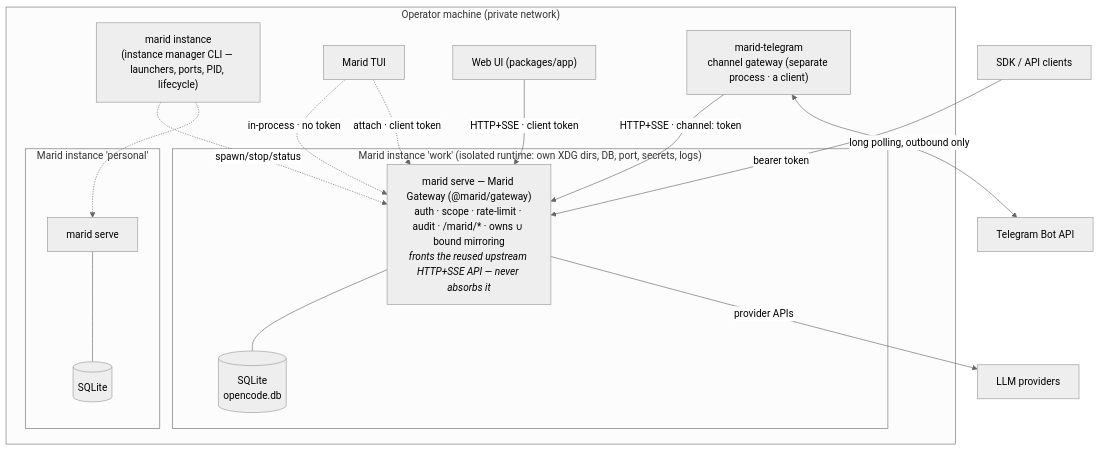
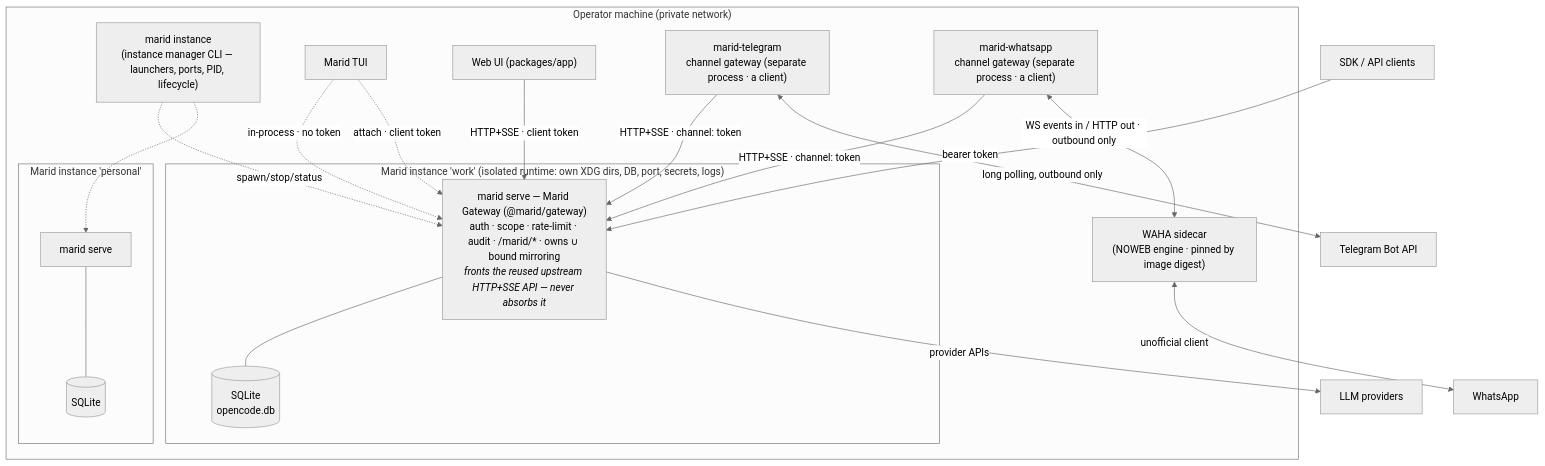
Before and after one commit to A-H-911/marid: the first of 2 diagrams in docs/architecture/architecture.md, drawn with Mermaid (neutral theme). The commit also changed other lines of this file and 60 other files, not shown here.

First line of the commit message:
feat(ph7): @marid/whatsapp WAHA-NOWEB channel — GATE-0-first, deterministic MS-008 exit (WBS-7.1..7.6) (#75)

````diff
--- a/docs/architecture/architecture.md
+++ b/docs/architecture/architecture.md
@@ -29,23 +29,27 @@
 ```mermaid
 graph TB
     subgraph machine["Operator machine (private network)"]
         subgraph inst1["Marid instance 'work' (isolated runtime: own XDG dirs, DB, port, secrets, logs)"]
             S1["marid serve — Marid Gateway (@marid/gateway)<br/>auth · scope · rate-limit · audit · /marid/* · owns ∪ bound mirroring<br/><i>fronts the reused upstream HTTP+SSE API — never absorbs it</i>"]
             DB1[("SQLite<br/>opencode.db")]
             S1 --- DB1
         end
         subgraph inst2["Marid instance 'personal'"]
             S2["marid serve"] --- DB2[("SQLite")]
         end
         IM["marid instance<br/>(instance manager CLI — launchers, ports, PID, lifecycle)"]
         TUI["Marid TUI"] -.->|"in-process · no token"| S1
         TUI -.->|"attach · client token"| S1
         WEB["Web UI (packages/app)"] -->|"HTTP+SSE · client token"| S1
         TG["marid-telegram<br/>channel gateway (separate process · a client)"] -->|"HTTP+SSE · channel: token"| S1
+        WA["marid-whatsapp<br/>channel gateway (separate process · a client)"] -->|"HTTP+SSE · channel: token"| S1
+        WAHA["WAHA sidecar<br/>(NOWEB engine · pinned by image digest)"]
         IM -.->|spawn/stop/status| S1
         IM -.-> S2
     end
     APPS["SDK / API clients"] -->|"bearer token"| S1
     TG <-->|long polling, outbound only| TGAPI["Telegram Bot API"]
+    WA <-->|"WS events in / HTTP out · outbound only"| WAHA
+    WAHA <-->|unofficial client| WAAPI["WhatsApp"]
     S1 -->|provider APIs| LLM["LLM providers"]
 ```
````
